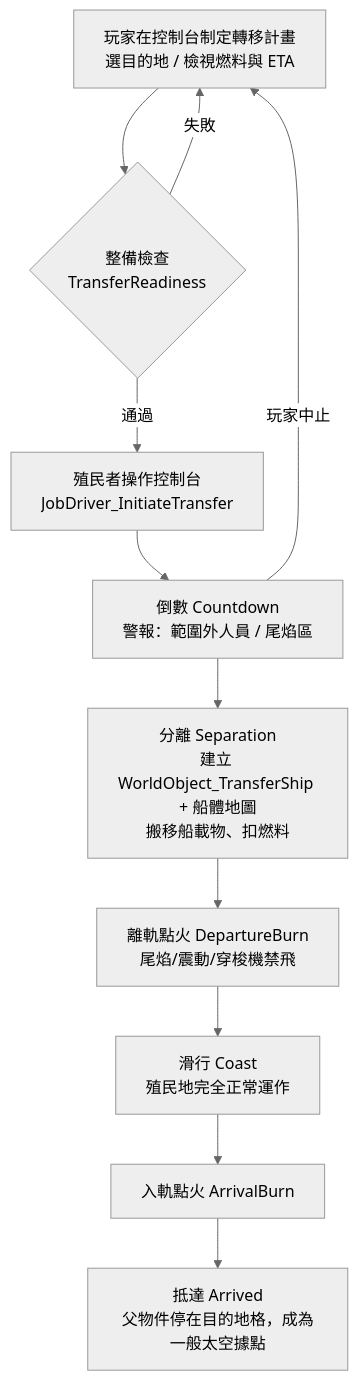
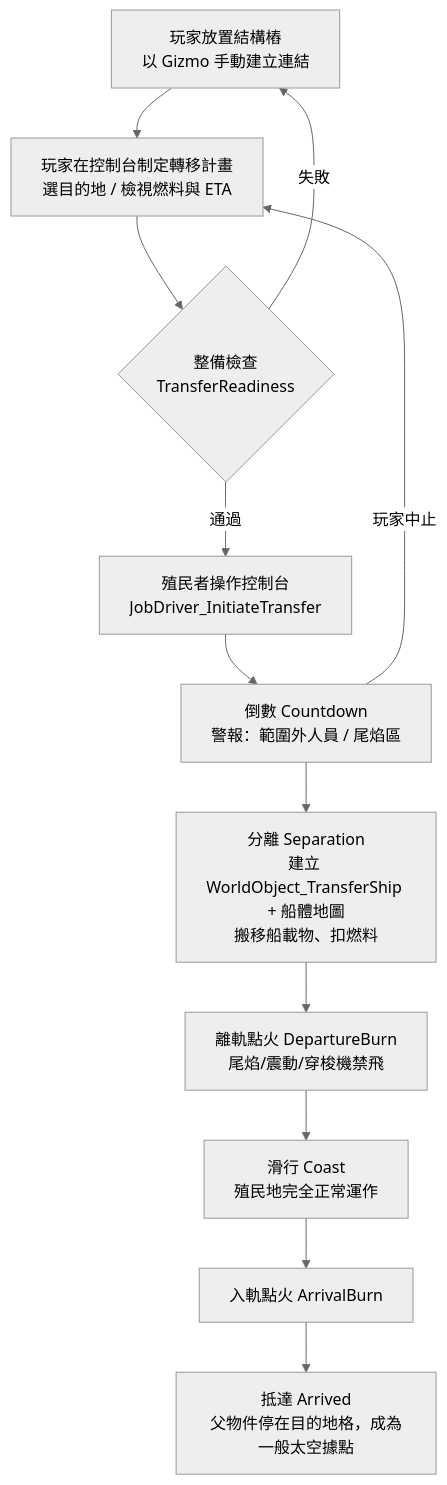
One commit to AobaKuma/Dead-Man-Switch-Expedition changed the first of 2 diagrams in docs/CelestialTransfer_轉移飛行重構.md. Above: the diagram before and after it, drawn with Mermaid (neutral theme). The commit also changed other lines of this file, not shown here.

First line of the commit message:
Make structural pile links player-created via gizmo

````diff
--- a/docs/CelestialTransfer_轉移飛行重構.md
+++ b/docs/CelestialTransfer_轉移飛行重構.md
@@ -85,13 +88,14 @@
 ```mermaid
 flowchart TD
+    P[玩家放置結構樁<br/>以 Gizmo 手動建立連結] --> A
     A[玩家在控制台制定轉移計畫<br/>選目的地 / 檢視燃料與 ETA] --> B{整備檢查<br/>TransferReadiness}
-    B -- 失敗 --> A
+    B -- 失敗 --> P
     B -- 通過 --> C[殖民者操作控制台<br/>JobDriver_InitiateTransfer]
     C --> D[倒數 Countdown<br/>警報：範圍外人員 / 尾焰區]
     D -- 玩家中止 --> A
     D --> E[分離 Separation<br/>建立 WorldObject_TransferShip + 船體地圖<br/>搬移船載物、扣燃料]
     E --> F[離軌點火 DepartureBurn<br/>尾焰/震動/穿梭機禁飛]
     F --> G[滑行 Coast<br/>殖民地完全正常運作]
     G --> H[入軌點火 ArrivalBurn]
     H --> I[抵達 Arrived<br/>父物件停在目的地格，成為一般太空據點]
 ```
````
